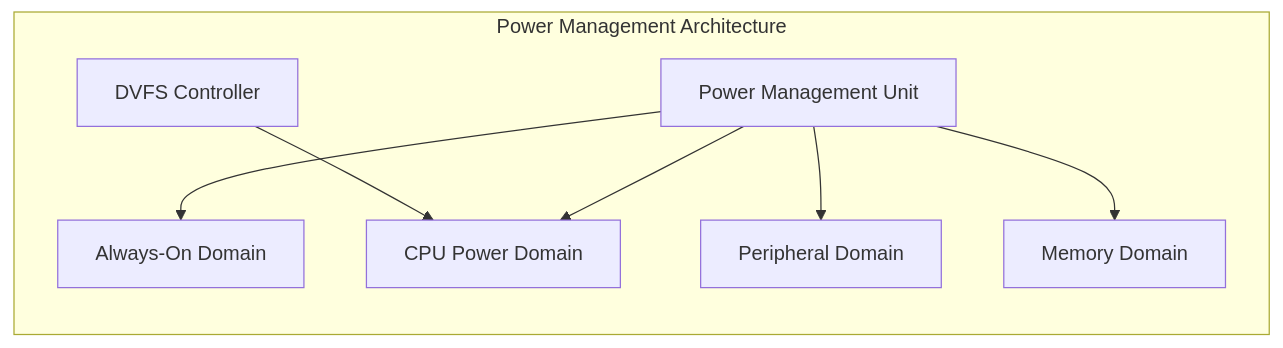
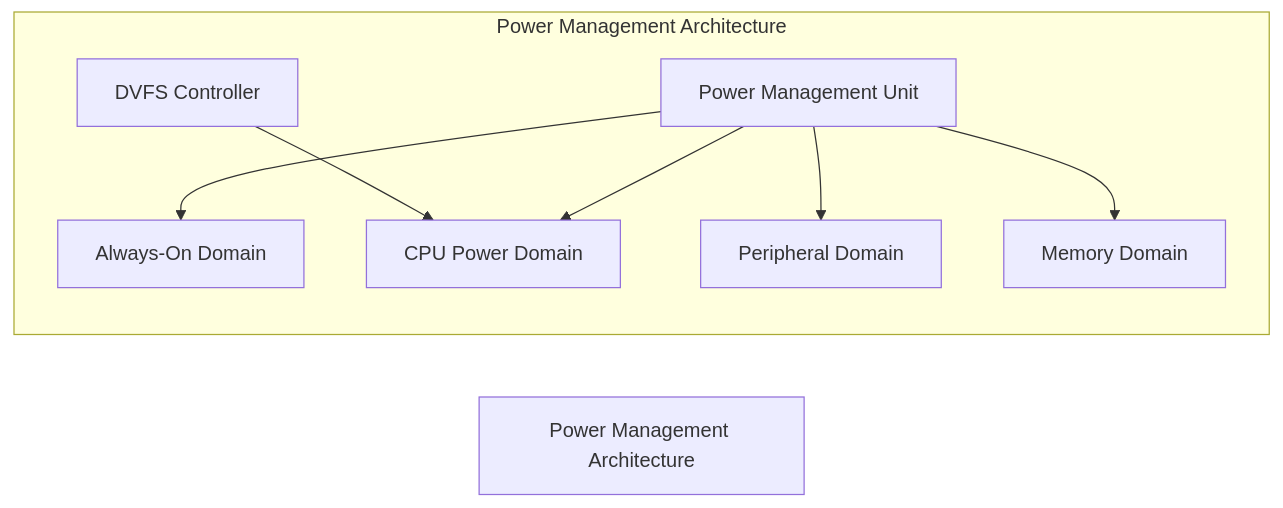
The ninth of 29 diagrams in Part1/README.md (Ebiinesh/from-rtl-to-silicon-week-2), drawn with Mermaid before and after one commit.

````diff
--- a/Part1/README.md
+++ b/Part1/README.md
@@ -398,18 +398,19 @@
 ```mermaid
 graph LR
+    TITLE["Power Management Architecture"]
     subgraph Power_Domains["Power Management Architecture"]
         ALWAYS[Always-On Domain]
         CPU_PWR[CPU Power Domain]
         PER_PWR[Peripheral Domain]
         MEM_PWR[Memory Domain]
         
         PMU[Power Management Unit]
         
         PMU --> ALWAYS
         PMU --> CPU_PWR
         PMU --> PER_PWR
         PMU --> MEM_PWR
         
         DVFS[DVFS Controller] --> CPU_PWR
     end
 ```
````
